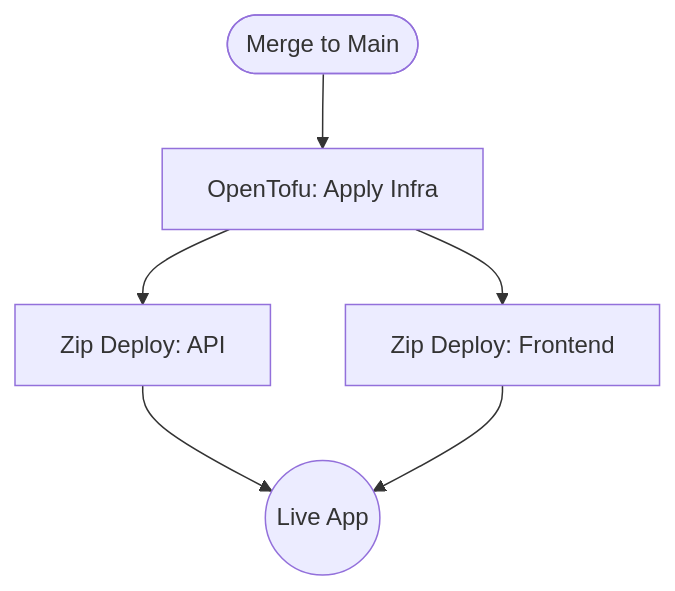
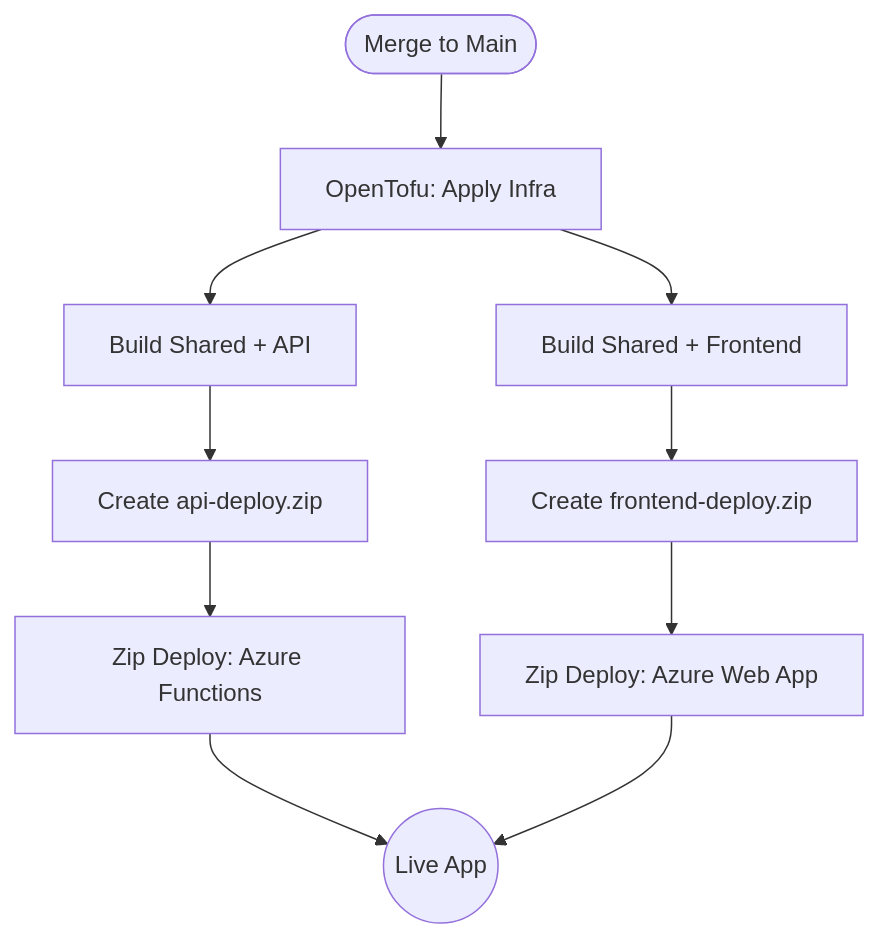
Before and after one commit to victoriacheng15/cover-craft: the second of 2 diagrams in docs/operations.md, drawn with Mermaid. The commit also changed other lines of this file and 18 other files, not shown here.

Commit message:
docs(project): add architecture and incident documentation (#246)

````diff
--- a/docs/operations.md
+++ b/docs/operations.md
@@ -52,8 +66,12 @@
 ```mermaid
 graph TD
     Main([Merge to Main]) --> Tofu[OpenTofu: Apply Infra]
-    Tofu --> DeployAPI[Zip Deploy: API]
-    Tofu --> DeployUI[Zip Deploy: Frontend]
+    Tofu --> BuildAPI[Build Shared + API]
+    Tofu --> BuildUI[Build Shared + Frontend]
+    BuildAPI --> PackageAPI[Create api-deploy.zip]
+    BuildUI --> PackageUI[Create frontend-deploy.zip]
+    PackageAPI --> DeployAPI[Zip Deploy: Azure Functions]
+    PackageUI --> DeployUI[Zip Deploy: Azure Web App]
     DeployAPI --> Live((Live App))
     DeployUI --> Live
 ```
````
